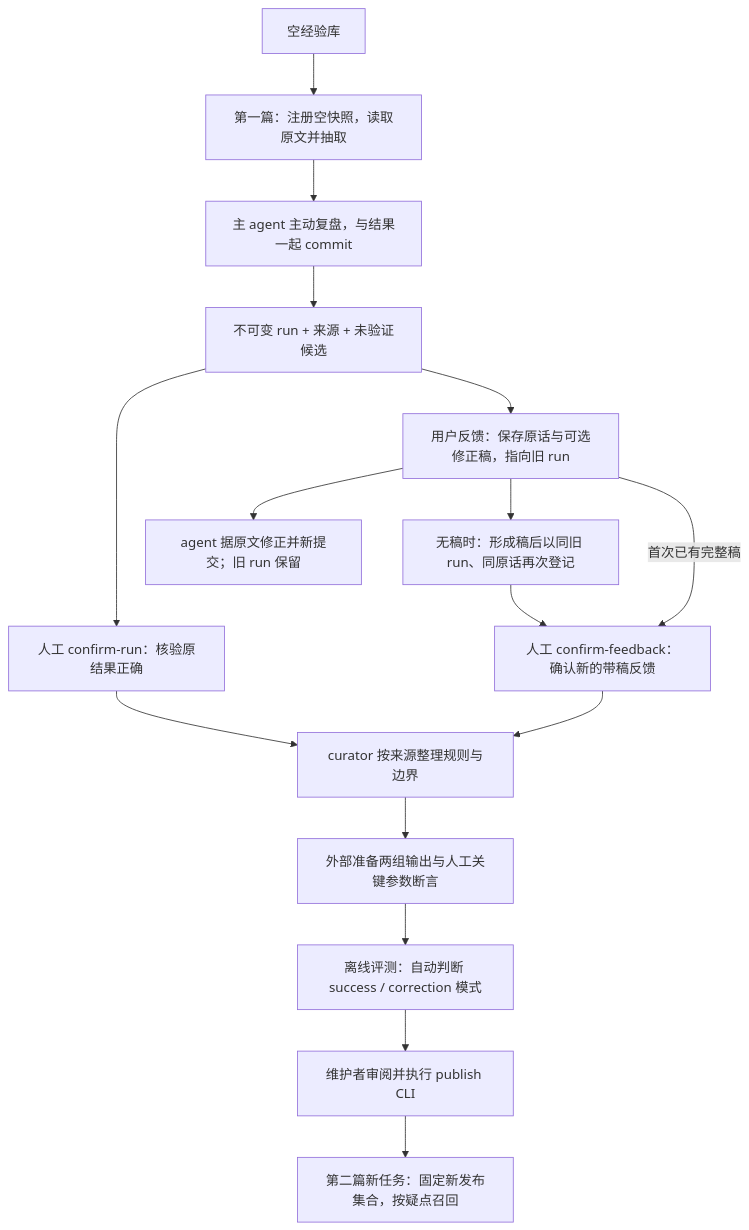
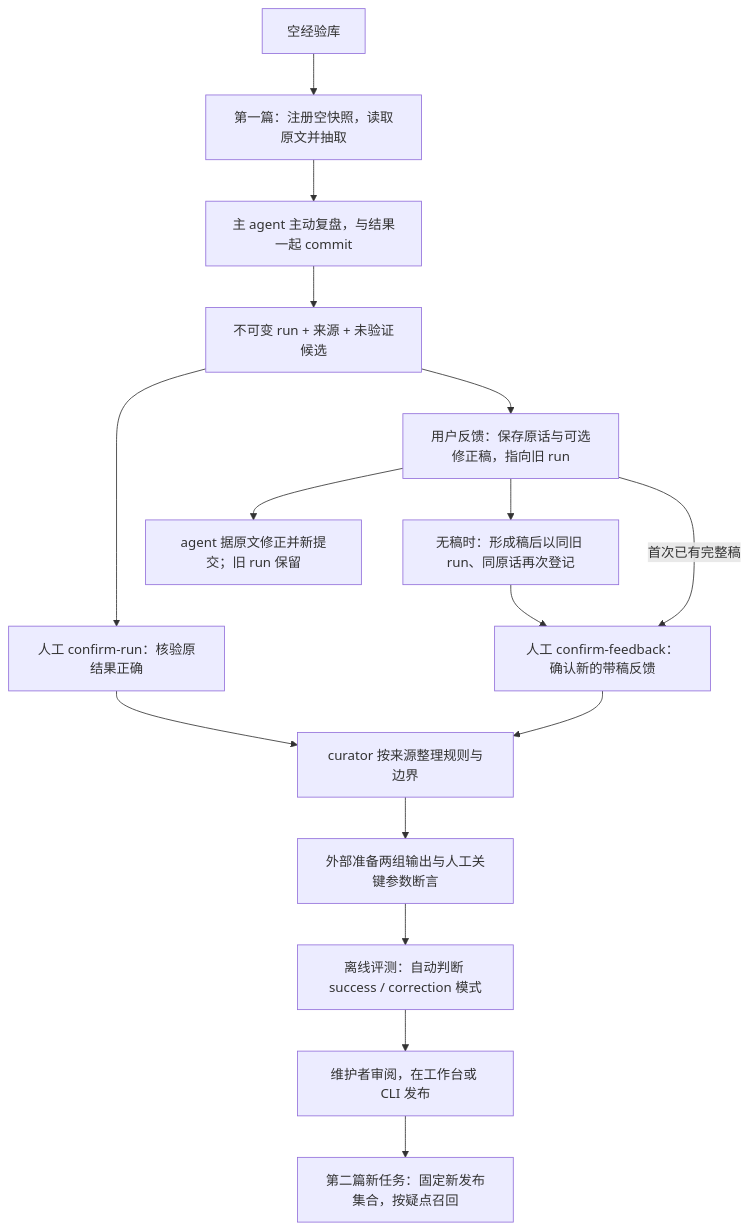
Before and after one commit to zza1211/extract_skill_1015: the first of 2 diagrams in docs/memory-architecture.md, drawn with Mermaid. The commit also changed other lines of this file and 16 other files, not shown here.

````diff
--- a/docs/memory-architecture.md
+++ b/docs/memory-architecture.md
@@ -11,18 +11,18 @@
 ```mermaid
 flowchart TD
     A["空经验库"] --> B["第一篇：注册空快照，读取原文并抽取"]
     B --> C["主 agent 主动复盘，与结果一起 commit"]
     C --> D["不可变 run + 来源 + 未验证候选"]
     D --> E["人工 confirm-run：核验原结果正确"]
     D --> F["用户反馈：保存原话与可选修正稿，指向旧 run"]
     F --> F2["无稿时：形成稿后以同旧 run、同原话再次登记"]
     F2 --> G["人工 confirm-feedback：确认新的带稿反馈"]
     F -->|"首次已有完整稿"| G
     F --> H["agent 据原文修正并新提交；旧 run 保留"]
     E --> I["curator 按来源整理规则与边界"]
     G --> I
     I --> J["外部准备两组输出与人工关键参数断言"]
     J --> K["离线评测：自动判断 success / correction 模式"]
-    K --> L["维护者审阅并执行 publish CLI"]
+    K --> L["维护者审阅，在工作台或 CLI 发布"]
     L --> M["第二篇新任务：固定新发布集合，按疑点召回"]
 ```
````
